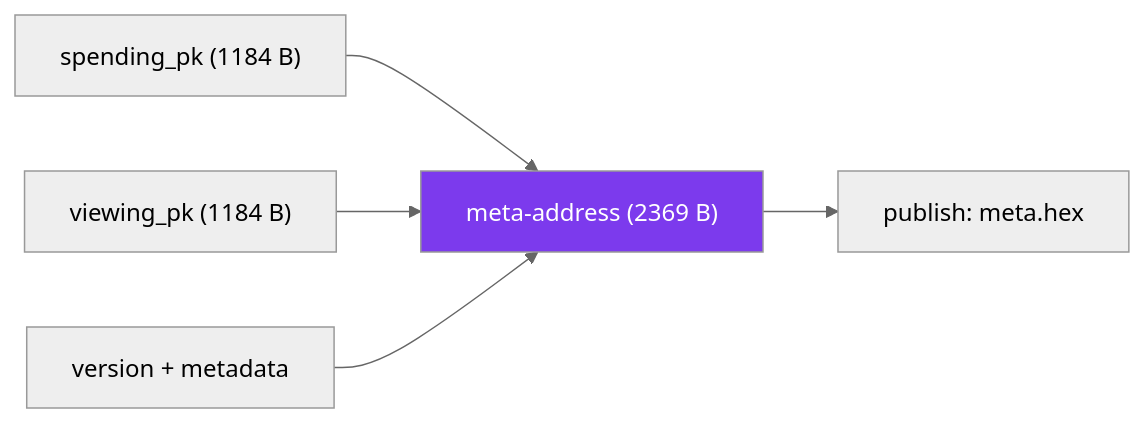
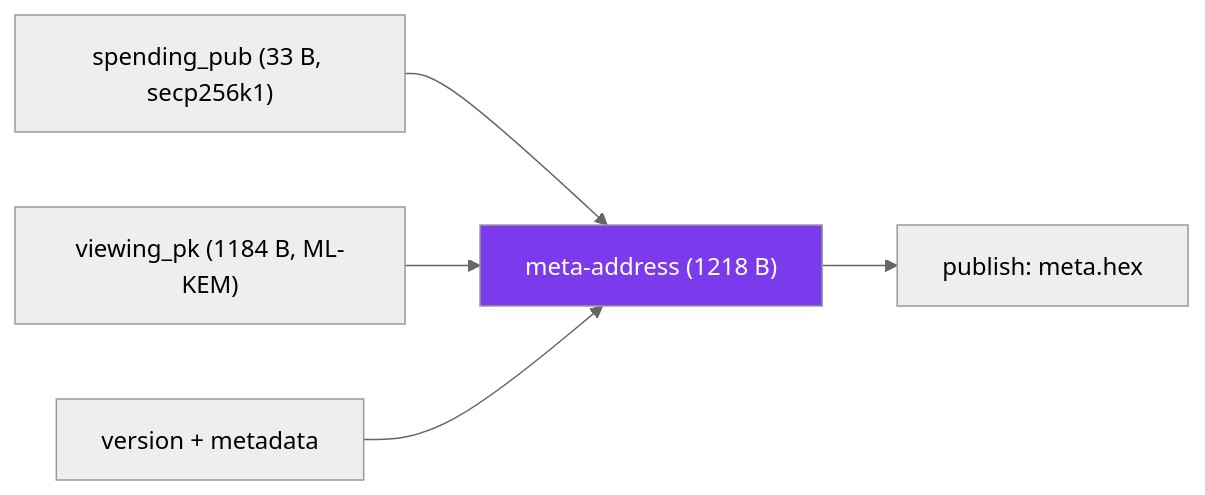
Before and after one commit to specter-privacy/docs: the diagram in docs/under-the-hood/key-generation.mdx, drawn with Mermaid (neutral theme). The commit also changed other lines of this file and 23 other files, not shown here.

````diff
--- a/docs/under-the-hood/key-generation.mdx
+++ b/docs/under-the-hood/key-generation.mdx
@@ -55,9 +55,9 @@
 ```mermaid
 flowchart LR
-    A["spending_pk (1184 B)"] --> M["meta-address (2369 B)"]
-    B["viewing_pk (1184 B)"] --> M
+    A["spending_pub (33 B, secp256k1)"] --> M["meta-address (1218 B)"]
+    B["viewing_pk (1184 B, ML-KEM)"] --> M
     C["version + metadata"] --> M
     M --> P["publish: meta.hex"]
 
     style M fill:#7c3aed,color:#fff
 ```
````
